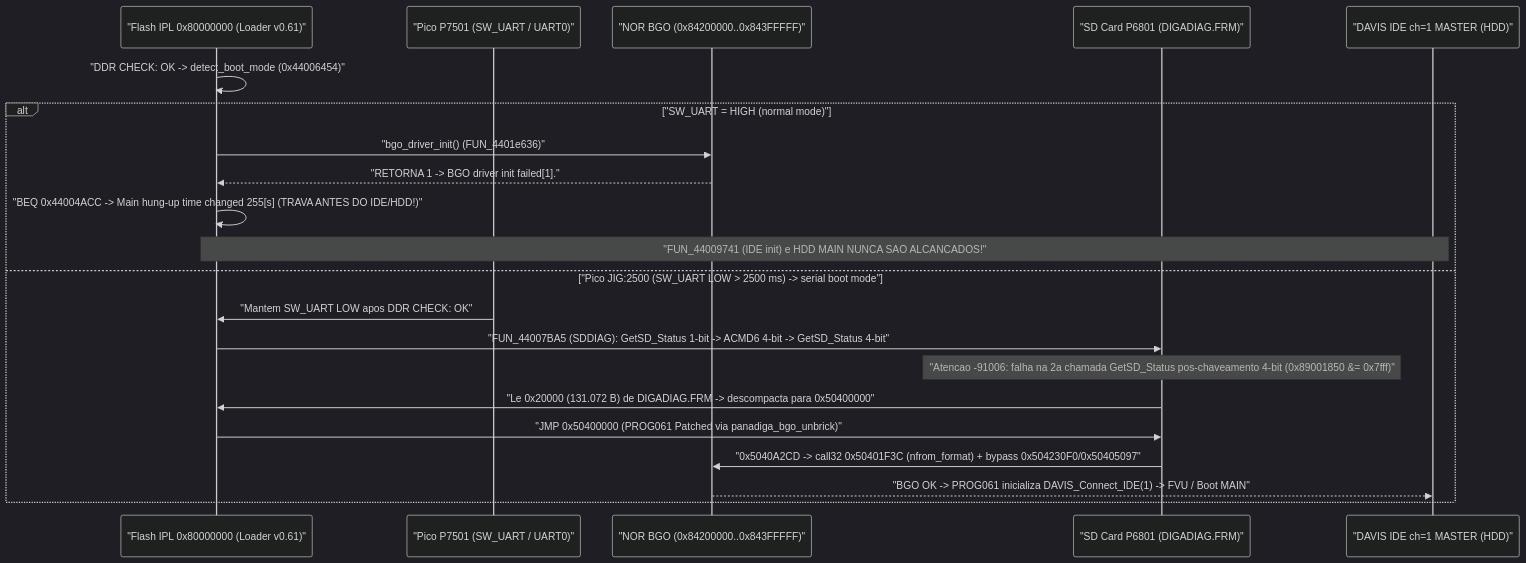
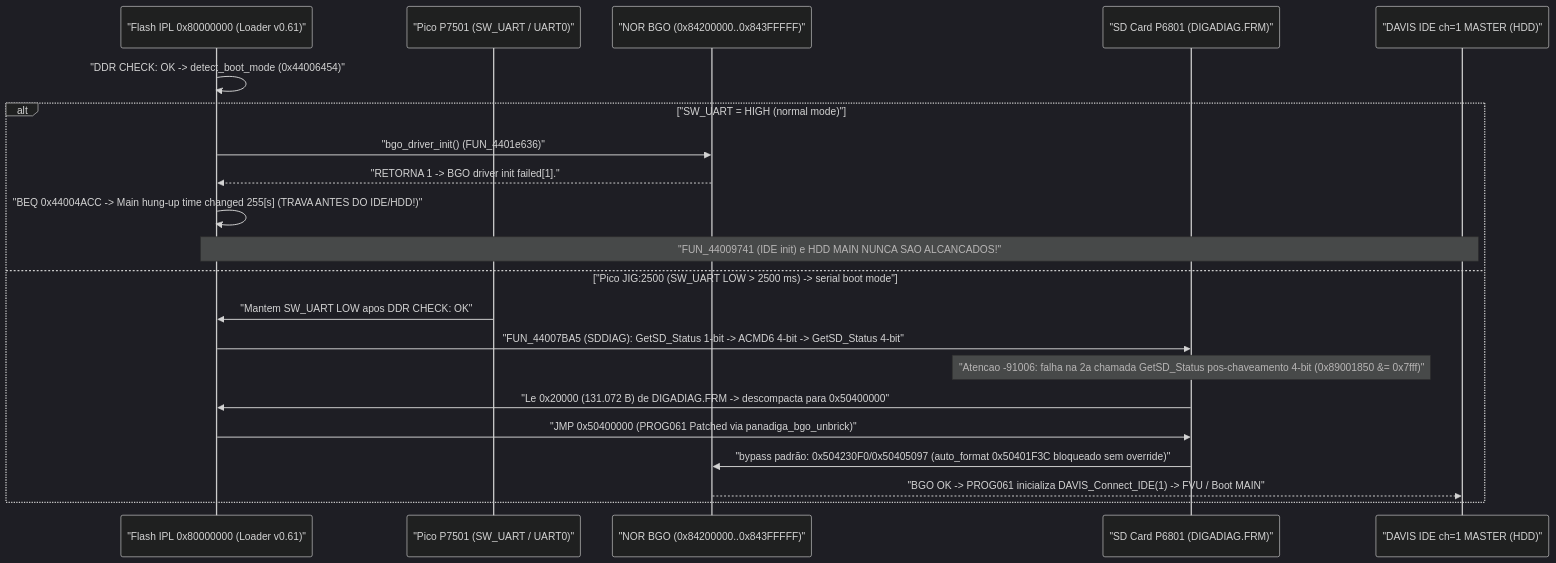
One commit to orgchrono/Panadiga changed the second of 2 diagrams in docs/pt-BR/VISTA_EXPLODIDA_ARQUITETURA_INJECAO_PICO_E_BYPASS_PASSTHROUGH.md. Above: the diagram before and after it, drawn with Mermaid (dark theme). The commit also changed other lines of this file and 161 other files, not shown here.

````diff
--- a/docs/pt-BR/VISTA_EXPLODIDA_ARQUITETURA_INJECAO_PICO_E_BYPASS_PASSTHROUGH.md
+++ b/docs/pt-BR/VISTA_EXPLODIDA_ARQUITETURA_INJECAO_PICO_E_BYPASS_PASSTHROUGH.md
@@ -79,24 +79,24 @@
 ```mermaid
 sequenceDiagram
     participant IPL as "Flash IPL 0x80000000 (Loader v0.61)"
     participant P7501 as "Pico P7501 (SW_UART / UART0)"
     participant BGO as "NOR BGO (0x84200000..0x843FFFFF)"
     participant SD as "SD Card P6801 (DIGADIAG.FRM)"
     participant IDE as "DAVIS IDE ch=1 MASTER (HDD)"
 
     IPL->>IPL: "DDR CHECK: OK -> detect_boot_mode (0x44006454)"
     alt "SW_UART = HIGH (normal mode)"
         IPL->>BGO: "bgo_driver_init() (FUN_4401e636)"
         BGO-->>IPL: "RETORNA 1 -> BGO driver init failed[1]."
         IPL->>IPL: "BEQ 0x44004ACC -> Main hung-up time changed 255[s] (TRAVA ANTES DO IDE/HDD!)"
         Note over IPL,IDE: "FUN_44009741 (IDE init) e HDD MAIN NUNCA SAO ALCANCADOS!"
     else "Pico JIG:2500 (SW_UART LOW > 2500 ms) -> serial boot mode"
         P7501->>IPL: "Mantem SW_UART LOW apos DDR CHECK: OK"
         IPL->>SD: "FUN_44007BA5 (SDDIAG): GetSD_Status 1-bit -> ACMD6 4-bit -> GetSD_Status 4-bit"
         Note over SD: "Atencao -91006: falha na 2a chamada GetSD_Status pos-chaveamento 4-bit (0x89001850 &= 0x7fff)"
         SD->>IPL: "Le 0x20000 (131.072 B) de DIGADIAG.FRM -> descompacta para 0x50400000"
         IPL->>SD: "JMP 0x50400000 (PROG061 Patched via panadiga_bgo_unbrick)"
-        SD->>BGO: "0x5040A2CD -> call32 0x50401F3C (nfrom_format) + bypass 0x504230F0/0x50405097"
+        SD->>BGO: "bypass padrão: 0x504230F0/0x50405097 (auto_format 0x50401F3C bloqueado sem override)"
         BGO-->>IDE: "BGO OK -> PROG061 inicializa DAVIS_Connect_IDE(1) -> FVU / Boot MAIN"
     end
 ```
````
